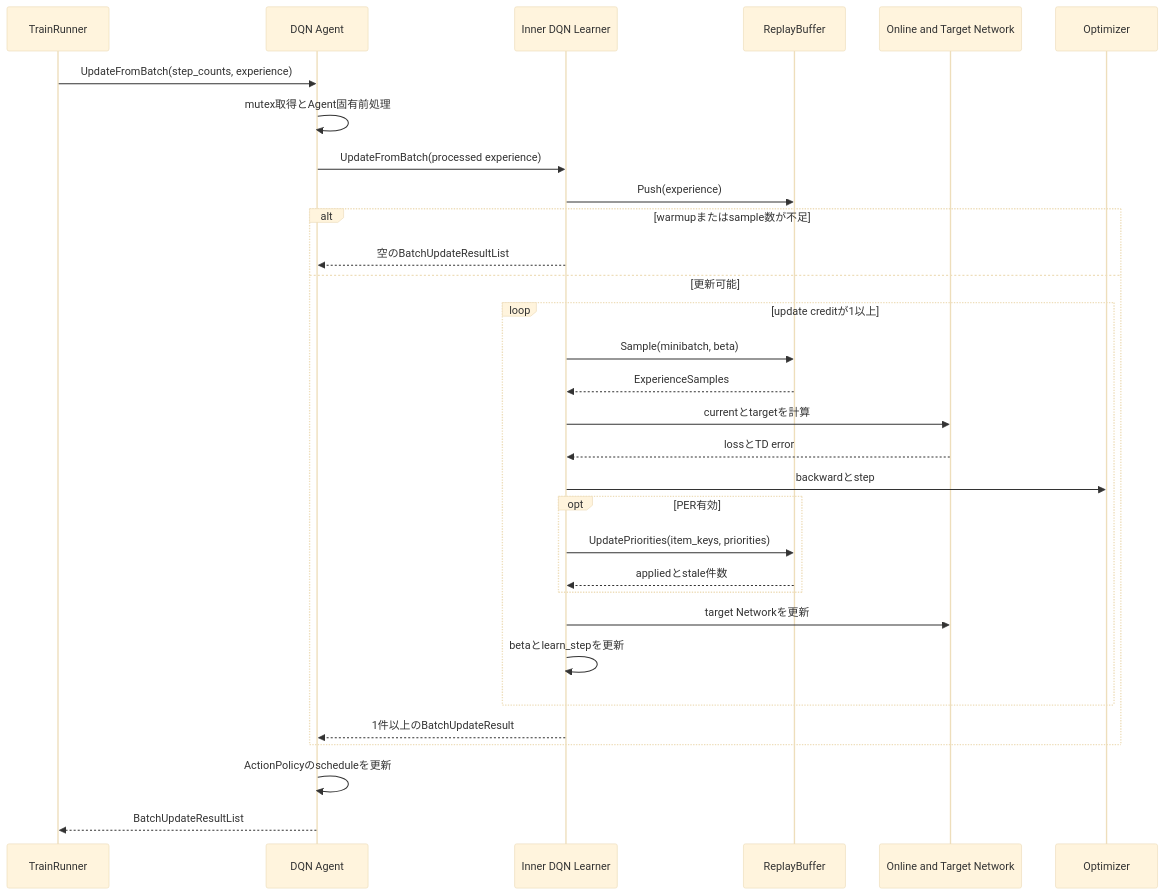
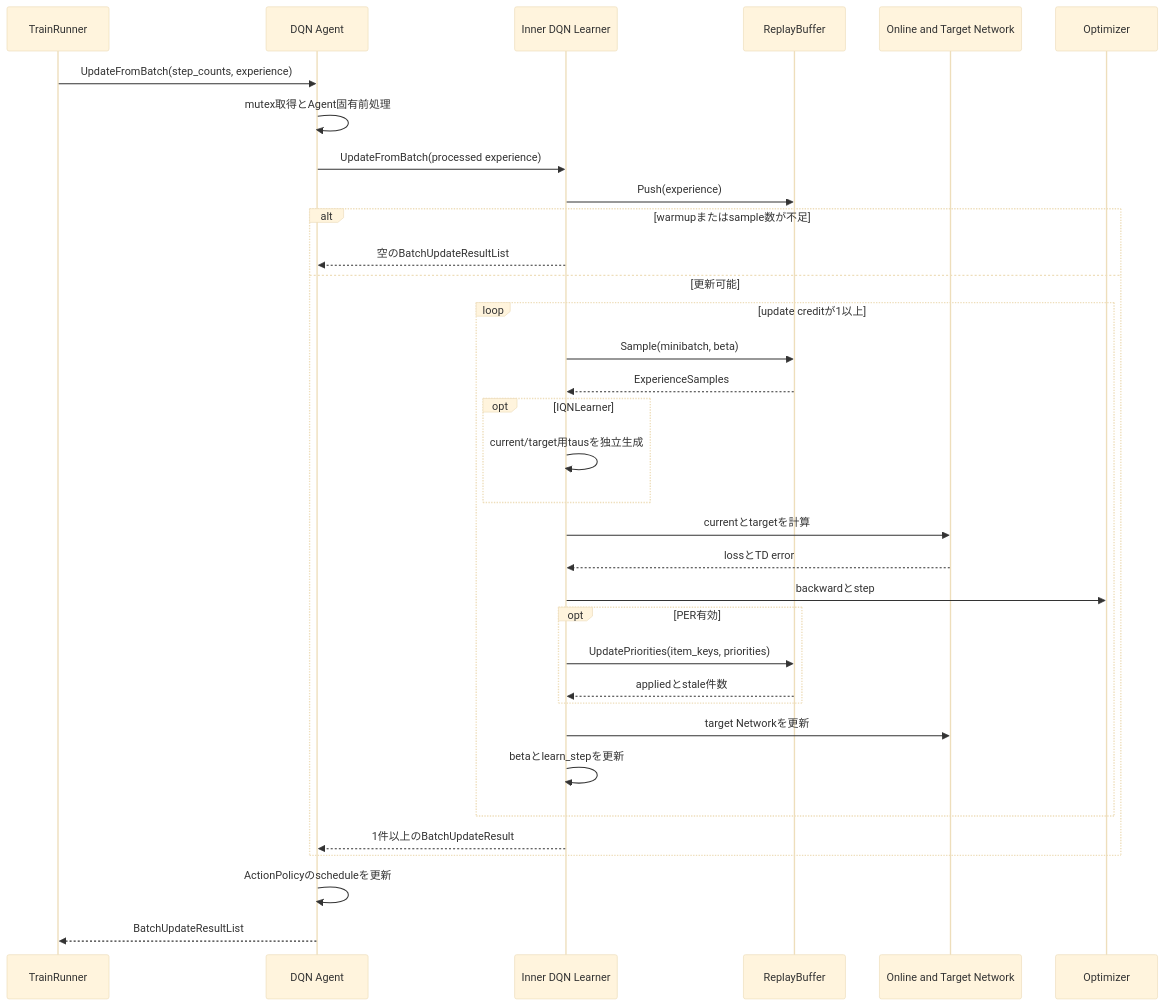
The third of 4 diagrams in docs/design/200_dqn_agents.jp.md (kazukin123/anet-lab), drawn with Mermaid (base theme) before and after one commit. The commit also changed other lines of this file and 37 other files, not shown here.

````diff
--- a/docs/design/200_dqn_agents.jp.md
+++ b/docs/design/200_dqn_agents.jp.md
@@ -175,34 +188,37 @@
 ```mermaid
 sequenceDiagram
     participant R as TrainRunner
     participant G as DQN Agent
     participant L as Inner DQN Learner
     participant B as ReplayBuffer
     participant N as Online and Target Network
     participant O as Optimizer
 
     R->>G: UpdateFromBatch(step_counts, experience)
     G->>G: mutex取得とAgent固有前処理
     G->>L: UpdateFromBatch(processed experience)
     L->>B: Push(experience)
     alt warmupまたはsample数が不足
         L-->>G: 空のBatchUpdateResultList
     else 更新可能
         loop update creditが1以上
             L->>B: Sample(minibatch, beta)
             B-->>L: ExperienceSamples
+            opt IQNLearner
+                L->>L: current/target用tausを独立生成
+            end
             L->>N: currentとtargetを計算
             N-->>L: lossとTD error
             L->>O: backwardとstep
             opt PER有効
                 L->>B: UpdatePriorities(item_keys, priorities)
                 B-->>L: appliedとstale件数
             end
             L->>N: target Networkを更新
             L->>L: betaとlearn_stepを更新
         end
         L-->>G: 1件以上のBatchUpdateResult
     end
     G->>G: ActionPolicyのscheduleを更新
     G-->>R: BatchUpdateResultList
 ```
````
